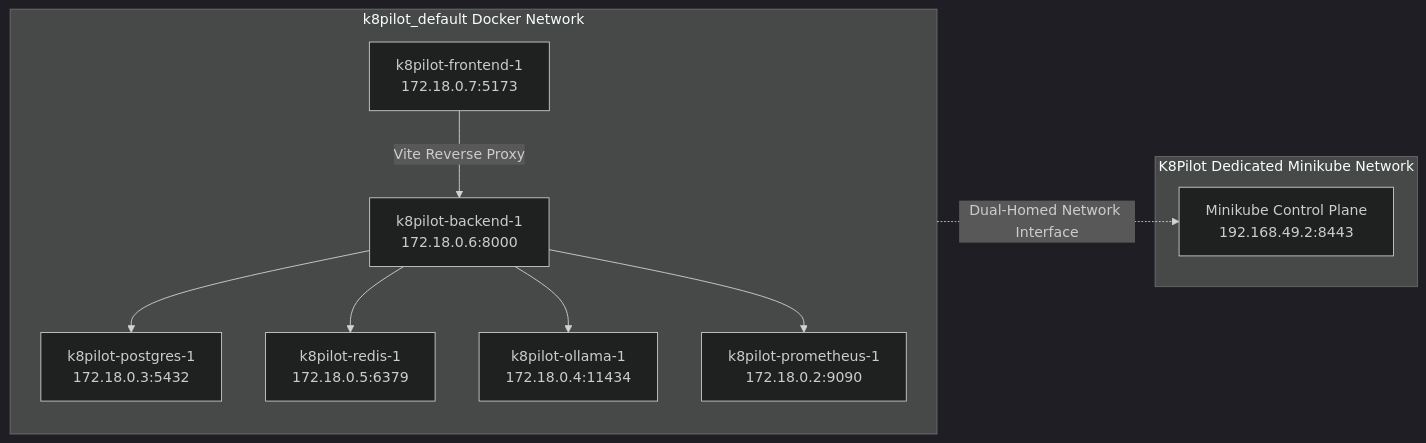
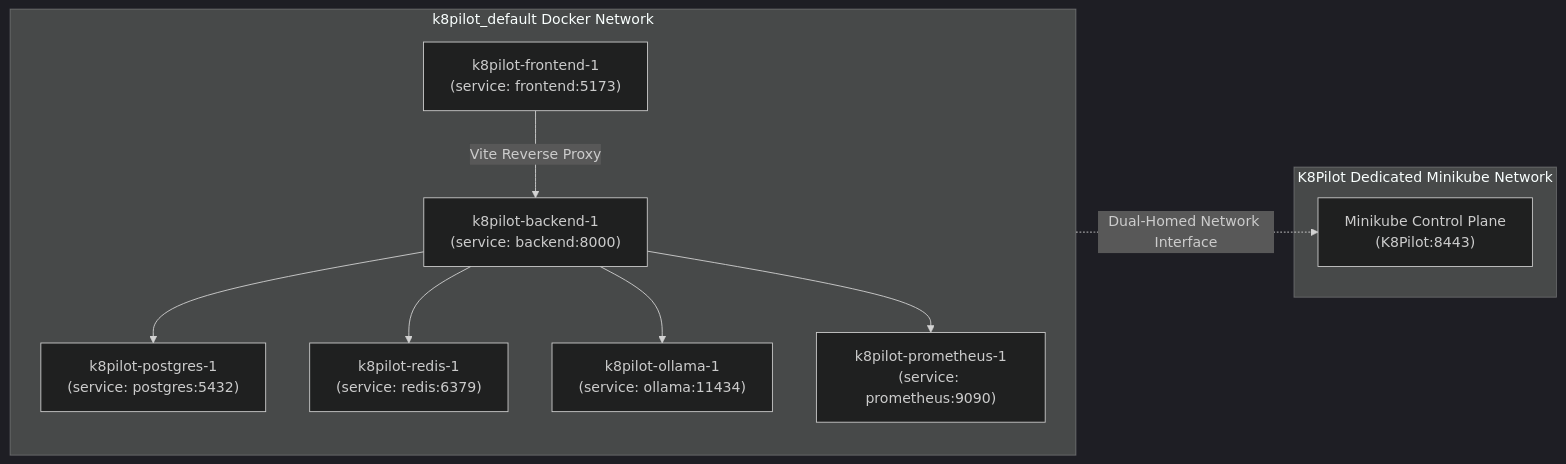
One commit to yashasbn/K8Pilot changed the second of 6 diagrams in ARCHITECTURE.md. Above: the diagram before and after it, drawn with Mermaid (dark theme). The commit also changed other lines of this file, not shown here.

Commit message:
docs: replace internal container subnet IPs with generic service DNS names

````diff
--- a/ARCHITECTURE.md
+++ b/ARCHITECTURE.md
@@ -61,23 +61,23 @@
 ```mermaid
 flowchart LR
     subgraph DockerBridge["k8pilot_default Docker Network"]
         direction TB
-        c_fe["k8pilot-frontend-1<br/>172.18.0.7:5173"]
-        c_be["k8pilot-backend-1<br/>172.18.0.6:8000"]
-        c_pg["k8pilot-postgres-1<br/>172.18.0.3:5432"]
-        c_redis["k8pilot-redis-1<br/>172.18.0.5:6379"]
-        c_ol["k8pilot-ollama-1<br/>172.18.0.4:11434"]
-        c_prom["k8pilot-prometheus-1<br/>172.18.0.2:9090"]
+        c_fe["k8pilot-frontend-1<br/>(service: frontend:5173)"]
+        c_be["k8pilot-backend-1<br/>(service: backend:8000)"]
+        c_pg["k8pilot-postgres-1<br/>(service: postgres:5432)"]
+        c_redis["k8pilot-redis-1<br/>(service: redis:6379)"]
+        c_ol["k8pilot-ollama-1<br/>(service: ollama:11434)"]
+        c_prom["k8pilot-prometheus-1<br/>(service: prometheus:9090)"]
     end
 
     subgraph MinikubeNet["K8Pilot Dedicated Minikube Network"]
-        c_k8s["Minikube Control Plane<br/>192.168.49.2:8443"]
+        c_k8s["Minikube Control Plane<br/>(K8Pilot:8443)"]
     end
 
     c_fe -->|"Vite Reverse Proxy"| c_be
     c_be --> c_pg
     c_be --> c_redis
     c_be --> c_ol
     c_be --> c_prom
     c_be -.->|"Dual-Homed Network Interface"| c_k8s
 ```
````
